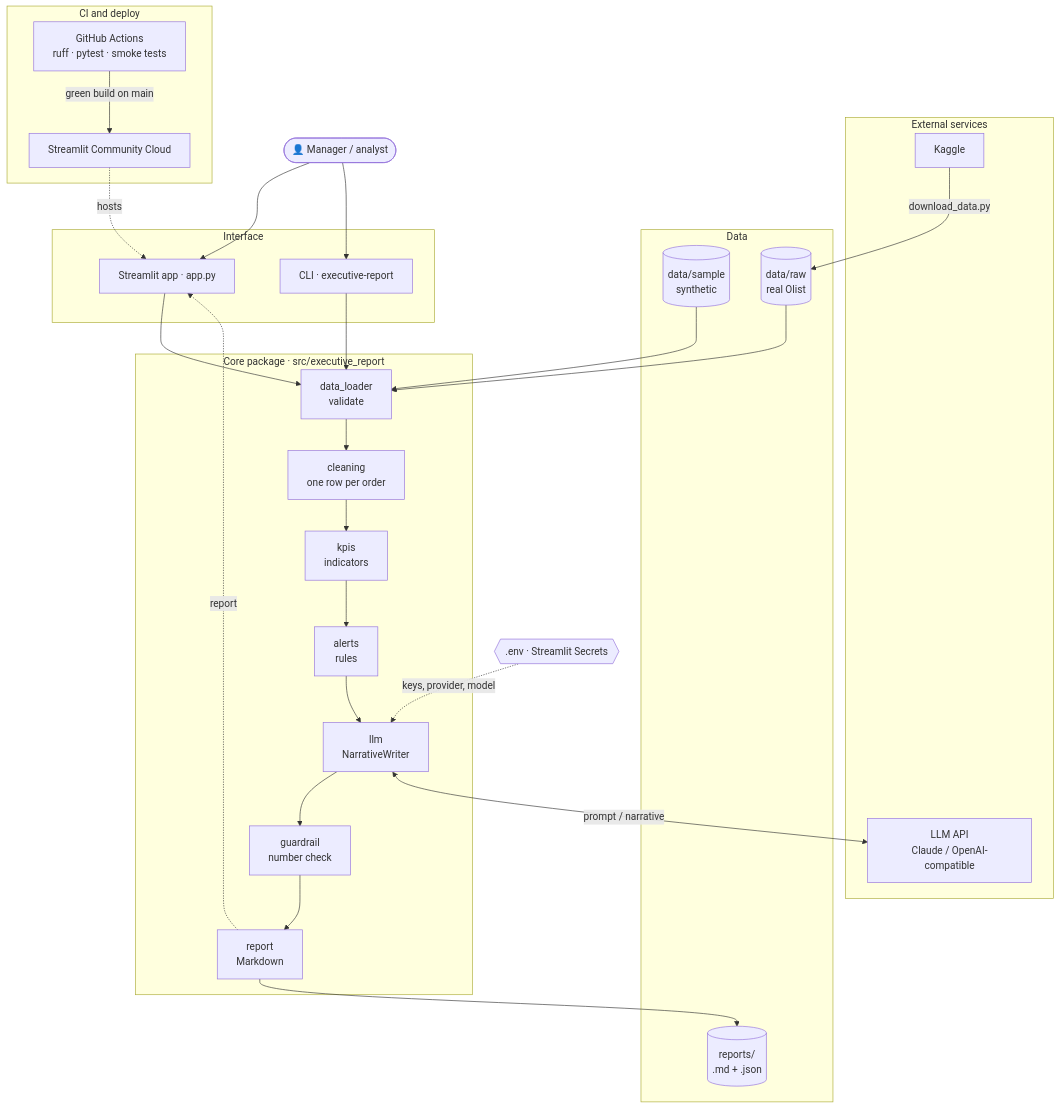
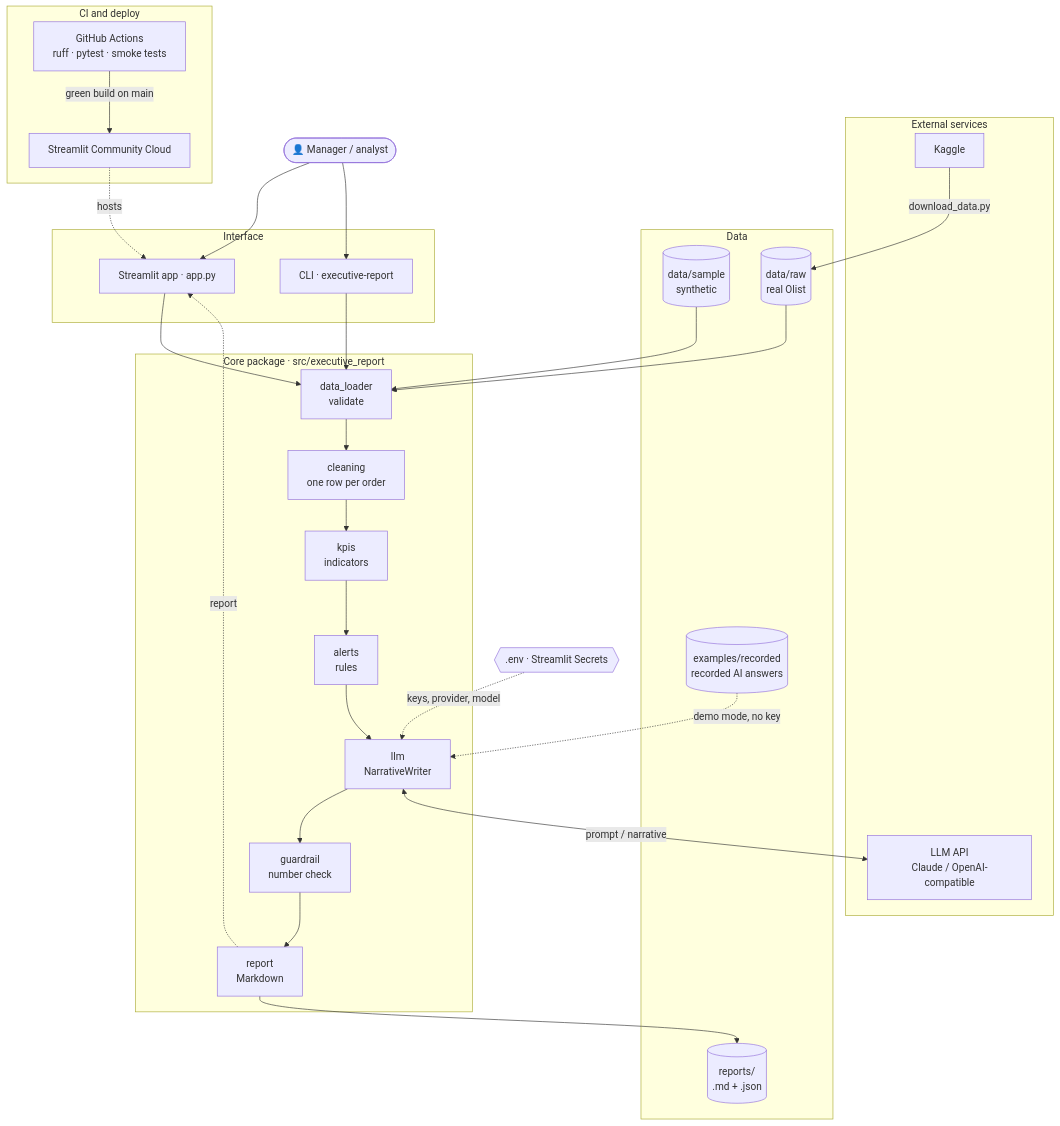
Before and after one commit to rafauto/ai-executive-report: the diagram in docs/architecture.mmd, drawn with Mermaid. The commit also changed 7 other files, not shown here.

First line of the commit message:
docs: link the demo and GitHub profile, reorder the README and document the demo mode

```diff
--- a/docs/architecture.mmd
+++ b/docs/architecture.mmd
@@ -1,41 +1,43 @@
 flowchart TB
     user(["👤 Manager / analyst"])
 
     subgraph ui["Interface"]
         app["Streamlit app · app.py"]
         cli["CLI · executive-report"]
     end
 
     subgraph core["Core package · src/executive_report"]
         loader["data_loader<br/>validate"] --> cleaning["cleaning<br/>one row per order"] --> kpis["kpis<br/>indicators"] --> alerts["alerts<br/>rules"] --> llm["llm<br/>NarrativeWriter"] --> guard["guardrail<br/>number check"] --> report["report<br/>Markdown"]
     end
 
     subgraph data["Data"]
         sample[("data/sample<br/>synthetic")]
+        recorded[("examples/recorded<br/>recorded AI answers")]
         raw[("data/raw<br/>real Olist")]
         out[("reports/<br/>.md + .json")]
     end
 
     subgraph ext["External services"]
         kaggle["Kaggle"]
         llmapi["LLM API<br/>Claude / OpenAI-compatible"]
     end
 
     secrets{{".env · Streamlit Secrets"}}
 
     subgraph ops["CI and deploy"]
         gha["GitHub Actions<br/>ruff · pytest · smoke tests"] -->|green build on main| cloud["Streamlit Community Cloud"]
     end
 
     user --> app
     user --> cli
     app --> loader
     cli --> loader
     sample --> loader
     raw --> loader
     kaggle -->|download_data.py| raw
     llm <-->|prompt / narrative| llmapi
+    recorded -.->|demo mode, no key| llm
     secrets -.->|keys, provider, model| llm
     report --> out
     report -.->|report| app
     cloud -.->|hosts| app
```
